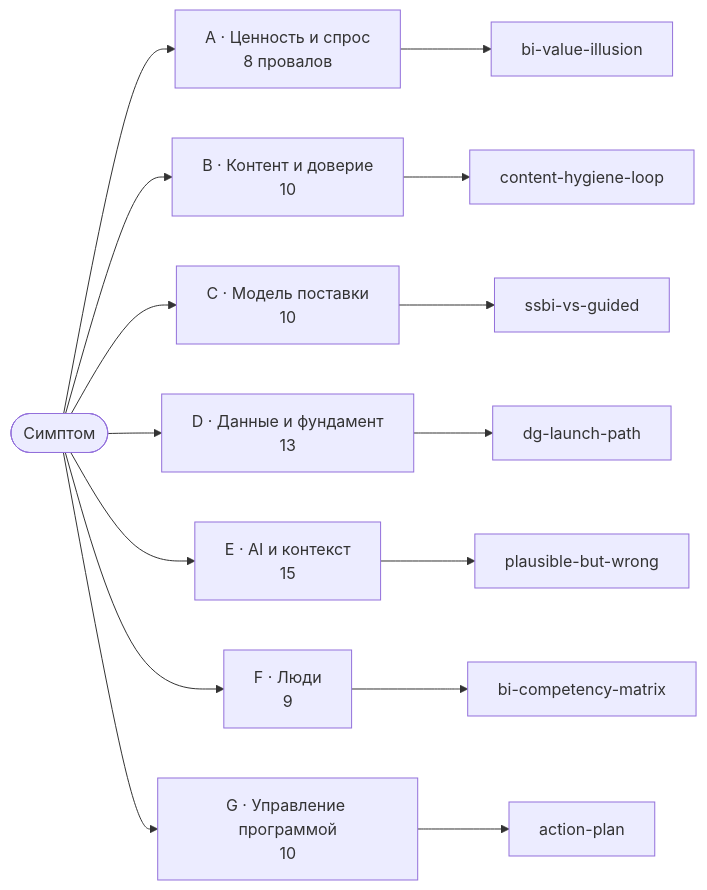
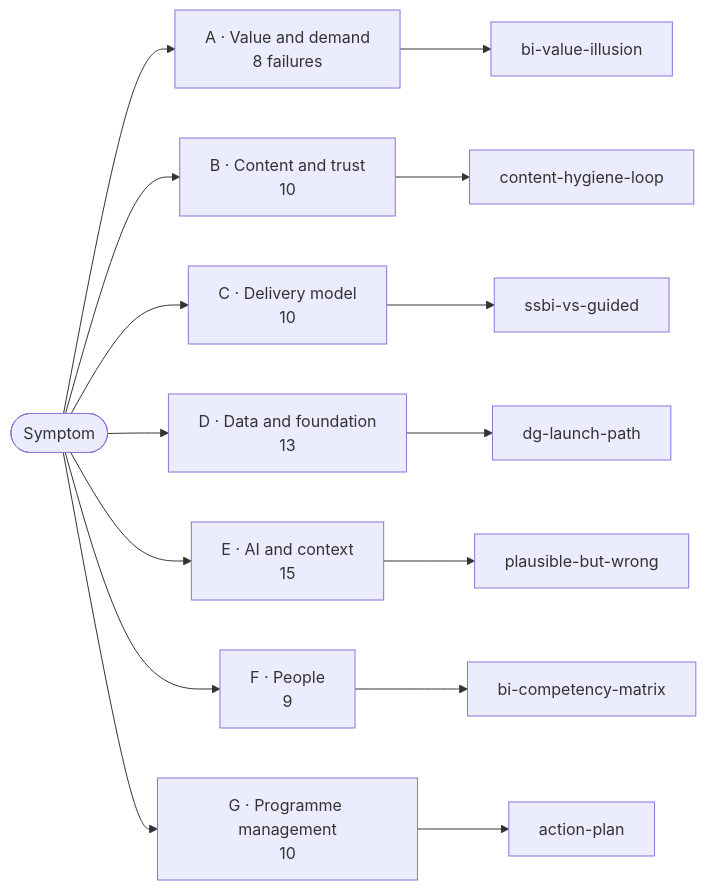
One commit to alexbarakov/BI-strategy-self-consulting-agent changed the ninth of 10 diagrams in references/kb/30-graph.md. Above: the diagram before and after it, drawn with Mermaid. The commit also changed other lines of this file, not shown here.

Commit message:
Translate the visual theme graph (batch 3, part 2)

````diff
--- a/references/kb/30-graph.md
+++ b/references/kb/30-graph.md
@@ -196,18 +196,18 @@
 ```mermaid
 flowchart LR
-  S(["Симптом"]) --> A["A · Ценность и спрос<br/>8 провалов"]
-  S --> B["B · Контент и доверие<br/>10"]
-  S --> C["C · Модель поставки<br/>10"]
-  S --> D["D · Данные и фундамент<br/>13"]
-  S --> E["E · AI и контекст<br/>15"]
-  S --> F["F · Люди<br/>9"]
-  S --> G["G · Управление программой<br/>10"]
+  S(["Symptom"]) --> A["A · Value and demand<br/>8 failures"]
+  S --> B["B · Content and trust<br/>10"]
+  S --> C["C · Delivery model<br/>10"]
+  S --> D["D · Data and foundation<br/>13"]
+  S --> E["E · AI and context<br/>15"]
+  S --> F["F · People<br/>9"]
+  S --> G["G · Programme management<br/>10"]
 
   A --> ILL["bi-value-illusion"]
   B --> HYG["content-hygiene-loop"]
   C --> SVG["ssbi-vs-guided"]
   D --> DGL["dg-launch-path"]
   E --> PBW["plausible-but-wrong"]
   F --> MTX["bi-competency-matrix"]
   G --> AP["action-plan"]
 ```
````
